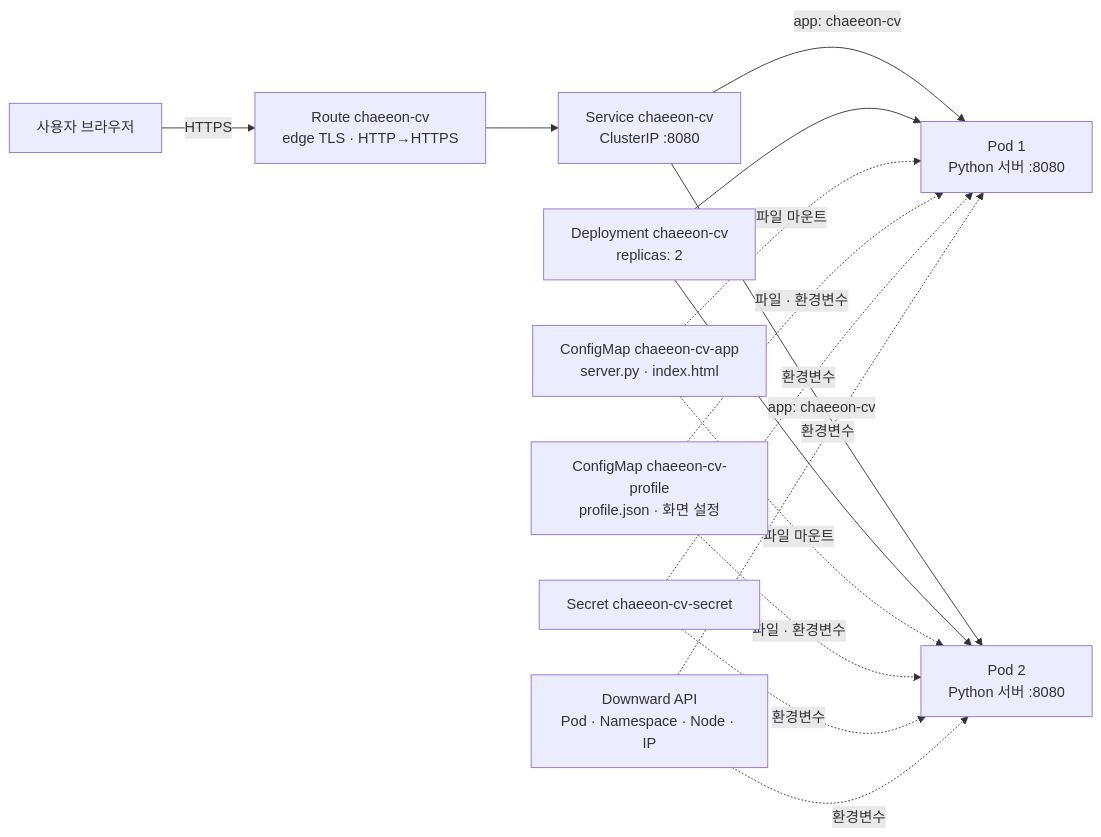
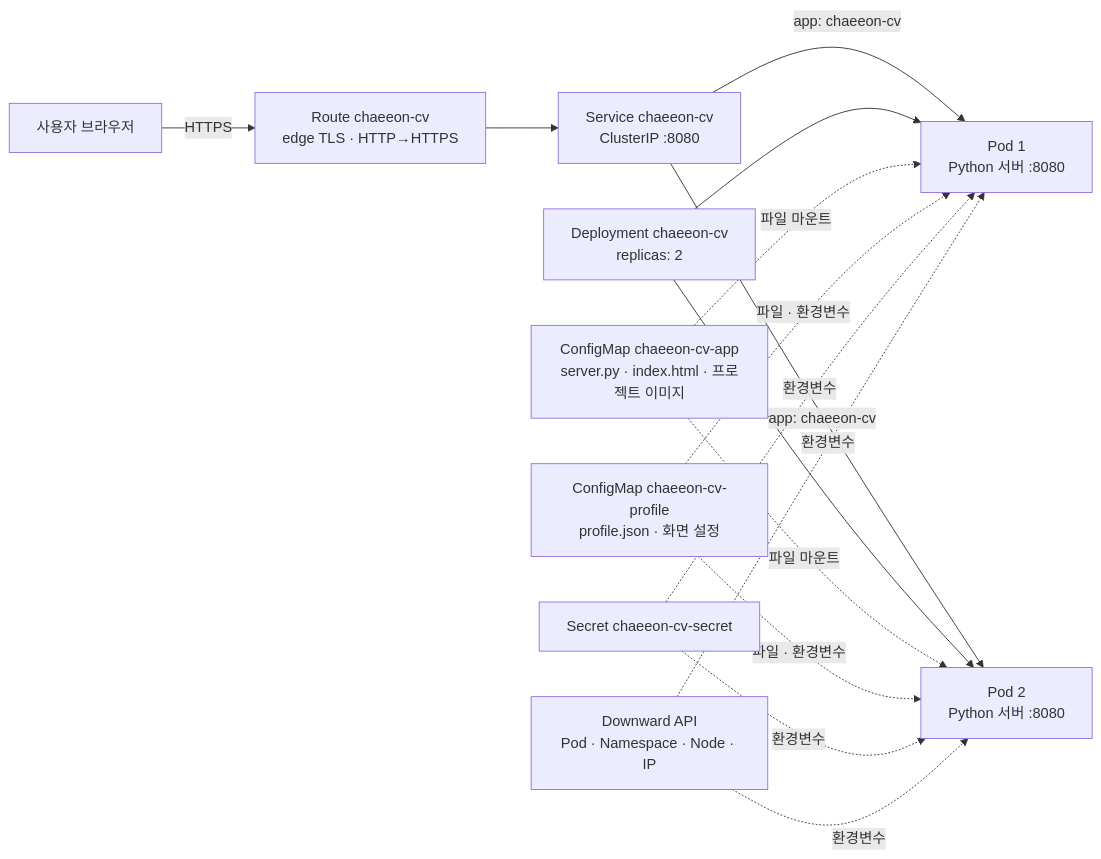
Before and after one commit to yeochaeeon/intelligent-IOT-platform: the diagram in students/202355561/README.md, drawn with Mermaid. The commit also changed other lines of this file and 11 other files, not shown here.

````diff
--- a/students/202355561/README.md
+++ b/students/202355561/README.md
@@ -20,17 +20,17 @@
 ```mermaid
 flowchart LR
     U[사용자 브라우저] -->|HTTPS| R[Route chaeeon-cv<br/>edge TLS · HTTP→HTTPS]
     R --> S[Service chaeeon-cv<br/>ClusterIP :8080]
     S -->|app: chaeeon-cv| P1[Pod 1<br/>Python 서버 :8080]
     S -->|app: chaeeon-cv| P2[Pod 2<br/>Python 서버 :8080]
     D[Deployment chaeeon-cv<br/>replicas: 2] --> P1
     D --> P2
-    A[ConfigMap chaeeon-cv-app<br/>server.py · index.html] -.->|파일 마운트| P1
+    A[ConfigMap chaeeon-cv-app<br/>server.py · index.html · 프로젝트 이미지] -.->|파일 마운트| P1
     A -.->|파일 마운트| P2
     C[ConfigMap chaeeon-cv-profile<br/>profile.json · 화면 설정] -.->|파일 · 환경변수| P1
     C -.->|파일 · 환경변수| P2
     K[Secret chaeeon-cv-secret] -.->|환경변수| P1
     K -.->|환경변수| P2
     F[Downward API<br/>Pod · Namespace · Node · IP] -.->|환경변수| P1
     F -.->|환경변수| P2
 ```
````
